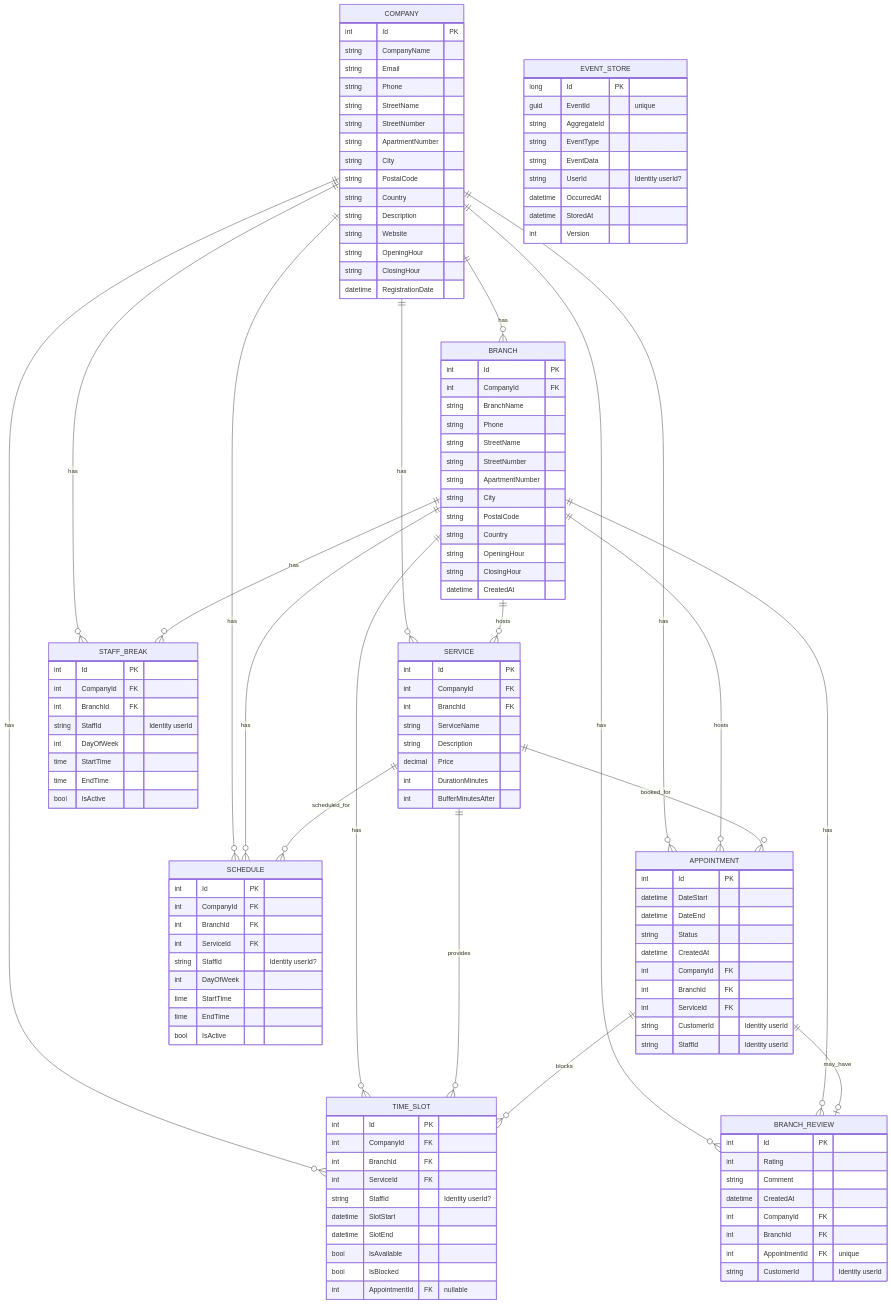
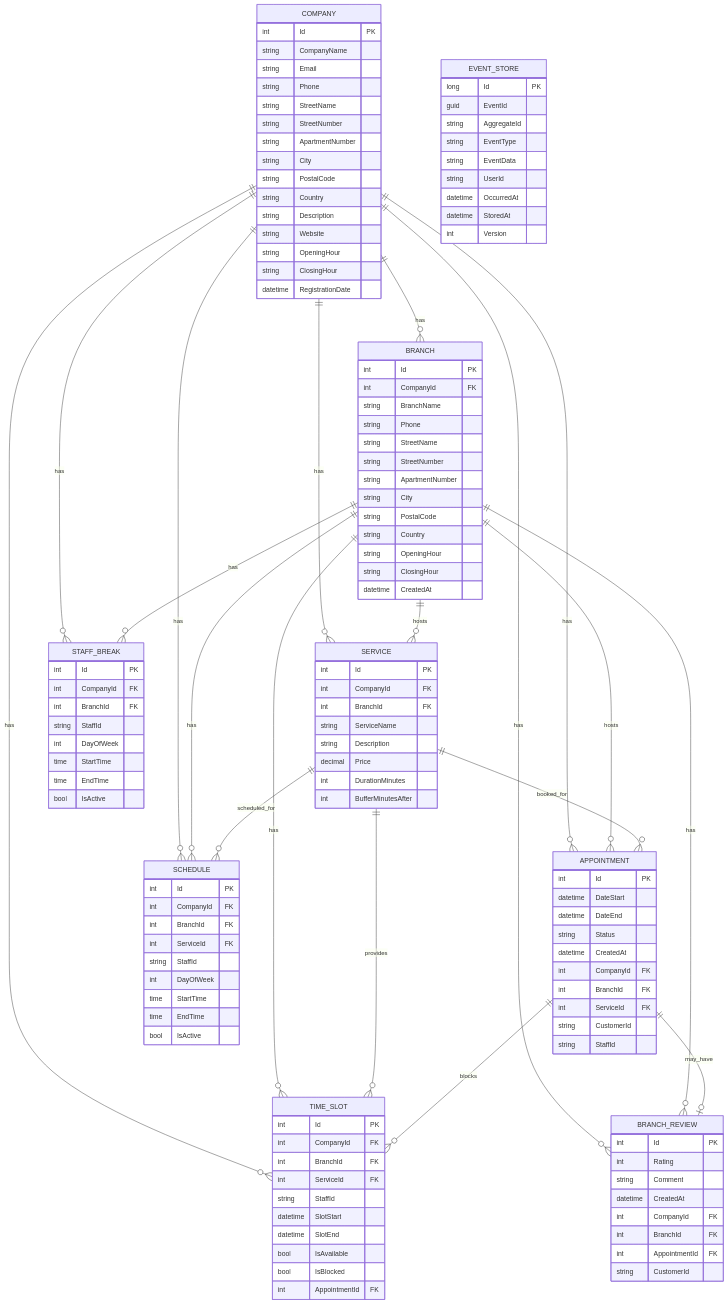
One commit to BitKitsu/Rezerwuj-to changed the second of 5 diagrams in README.md. Above: the diagram before and after it, drawn with Mermaid. The commit also changed other lines of this file, not shown here.

Commit message:
fix(README): Mermaid Fix

```diff
--- a/README.md
+++ b/README.md
@@ -130,8 +133,8 @@
     int CompanyId FK
     int BranchId FK
     int ServiceId FK
-    string CustomerId "Identity userId"
-    string StaffId "Identity userId"
+    string CustomerId
+    string StaffId
   }
 
   BRANCH_REVIEW {
@@ -141,8 +144,8 @@
     datetime CreatedAt
     int CompanyId FK
     int BranchId FK
-    int AppointmentId FK "unique"
-    string CustomerId "Identity userId"
+    int AppointmentId FK
+    string CustomerId
   }
 
   SCHEDULE {
@@ -150,7 +153,7 @@
     int CompanyId FK
     int BranchId FK
     int ServiceId FK
-    string StaffId "Identity userId?"
+    string StaffId
     int DayOfWeek
     time StartTime
     time EndTime
@@ -161,7 +164,7 @@
     int Id PK
     int CompanyId FK
     int BranchId FK
-    string StaffId "Identity userId"
+    string StaffId
     int DayOfWeek
     time StartTime
     time EndTime
@@ -173,21 +176,21 @@
     int CompanyId FK
     int BranchId FK
     int ServiceId FK
-    string StaffId "Identity userId?"
+    string StaffId
     datetime SlotStart
     datetime SlotEnd
     bool IsAvailable
     bool IsBlocked
-    int AppointmentId FK "nullable"
+    int AppointmentId FK
   }
 
   EVENT_STORE {
     long Id PK
-    guid EventId "unique"
+    guid EventId
     string AggregateId
     string EventType
     string EventData
-    string UserId "Identity userId?"
+    string UserId
     datetime OccurredAt
     datetime StoredAt
     int Version
```
